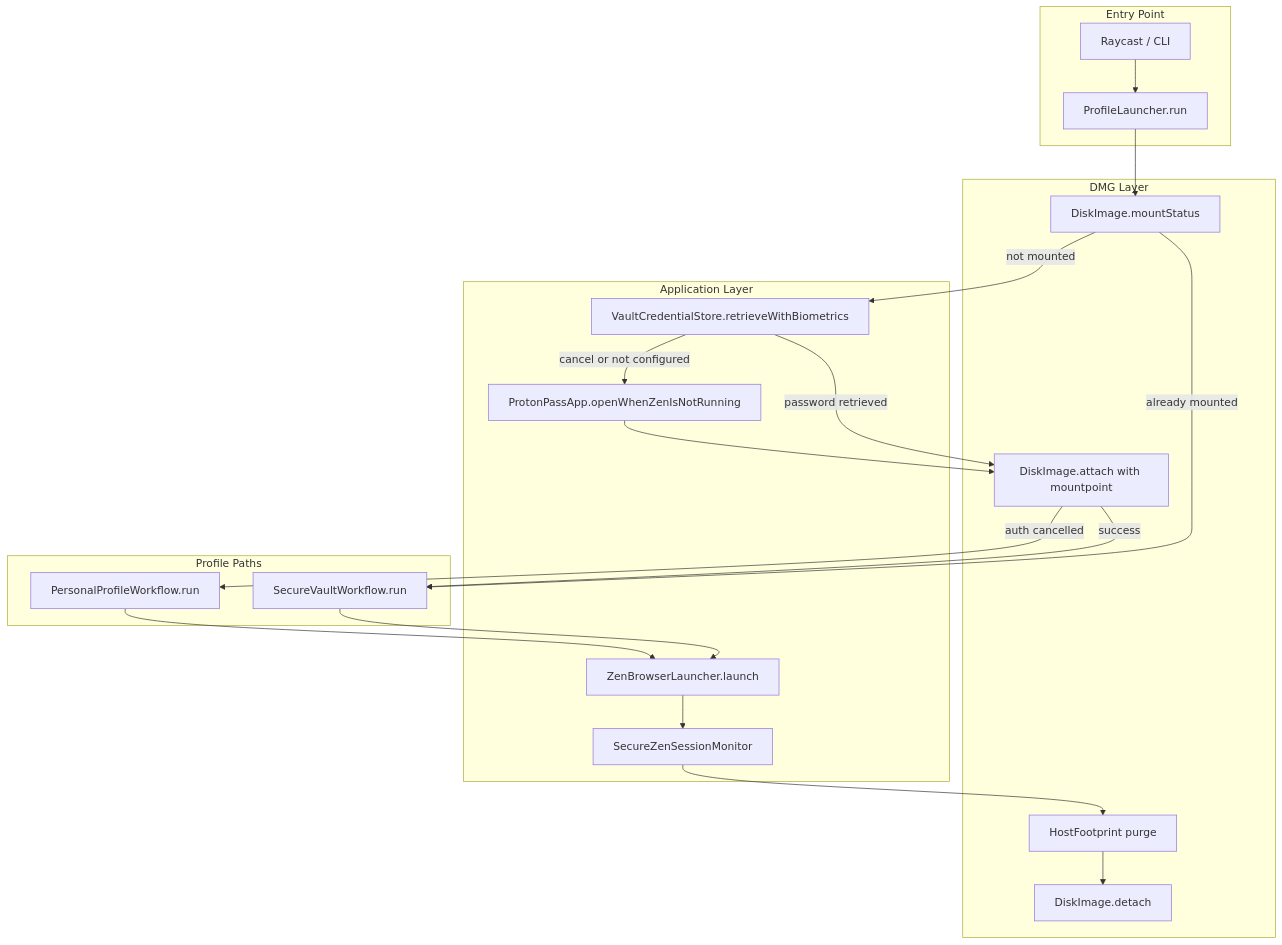
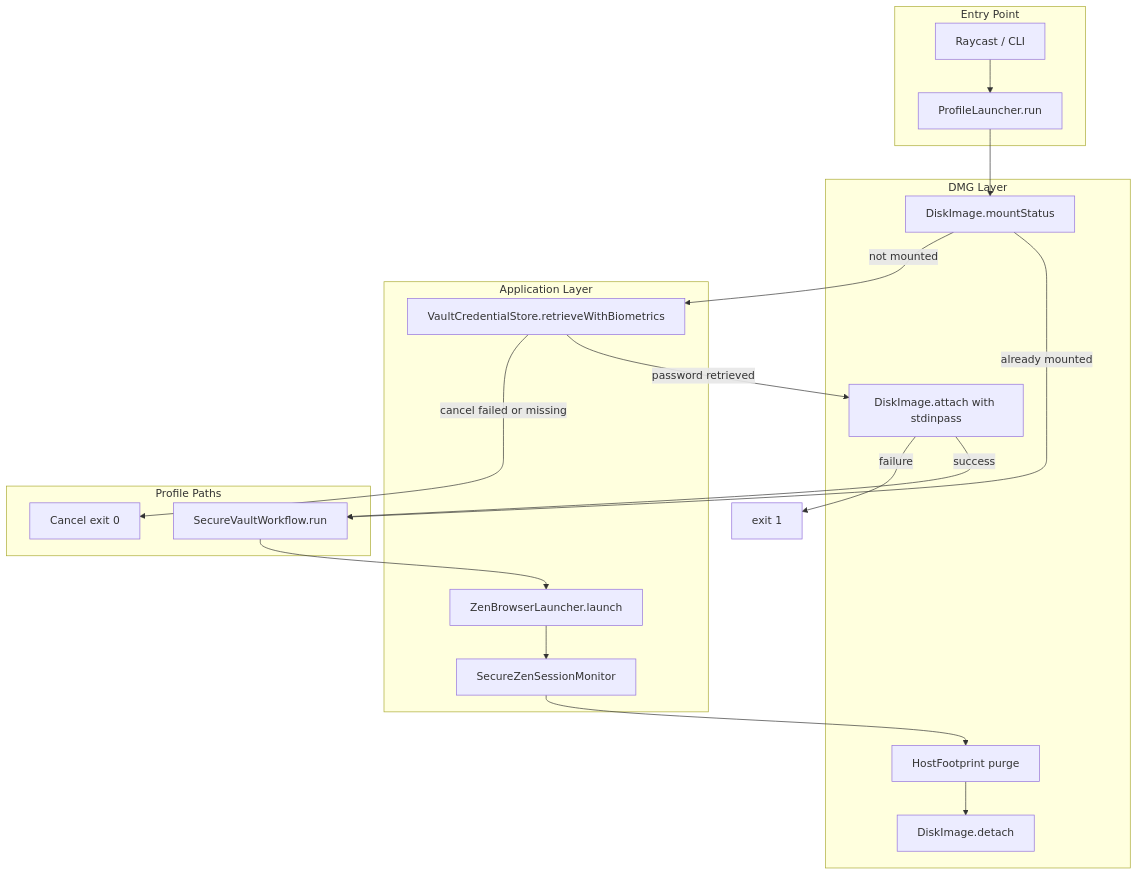
One commit to Johann-Goncalves-Pereira/Raycast changed the first of 6 diagrams in პროფილი-README.md. Above: the diagram before and after it, drawn with Mermaid. The commit also changed other lines of this file, not shown here.

First line of the commit message:
docs 📚: Update vault launcher README for Touch ID-only workflow

````diff
--- a/პროფილი-README.md
+++ b/პროფილი-README.md
@@ -25,41 +26,38 @@
 ```mermaid
 flowchart TB
     subgraph entry [Entry Point]
         Raycast[Raycast / CLI]
         Run[ProfileLauncher.run]
     end
 
     subgraph dmg [DMG Layer]
         CheckMount[DiskImage.mountStatus]
-        Mount[DiskImage.attach with mountpoint]
+        Mount[DiskImage.attach with stdinpass]
         Footprint[HostFootprint purge]
         Eject[DiskImage.detach]
     end
 
     subgraph apps [Application Layer]
         Keychain[VaultCredentialStore.retrieveWithBiometrics]
-        ProtonPass[ProtonPassApp.openWhenZenIsNotRunning]
         Zen[ZenBrowserLauncher.launch]
         Monitor[SecureZenSessionMonitor]
     end
 
     subgraph profiles [Profile Paths]
         Secure[SecureVaultWorkflow.run]
-        Personal[PersonalProfileWorkflow.run]
+        Abort[Cancel exit 0]
     end
 
     Raycast --> Run
     Run --> CheckMount
     CheckMount -->|already mounted| Secure
     CheckMount -->|not mounted| Keychain
     Keychain -->|password retrieved| Mount
-    Keychain -->|cancel or not configured| ProtonPass
-    ProtonPass --> Mount
+    Keychain -->|cancel failed or missing| Abort
     Mount -->|success| Secure
-    Mount -->|auth cancelled| Personal
+    Mount -->|failure| ExitFail[exit 1]
     Secure --> Zen
     Zen --> Monitor
     Monitor --> Footprint
     Footprint --> Eject
-    Personal --> Zen
 ```
````
